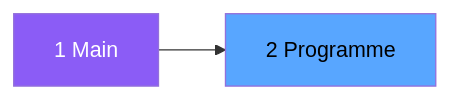
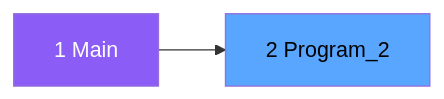
The second of 3 diagrams in .openspec/specs/ADH-IDE-2.md (thonyAGP/magic-migration), drawn with Mermaid before and after one commit. The commit also changed other lines of this file and 323 other files, not shown here.

````diff
--- a/.openspec/specs/ADH-IDE-2.md
+++ b/.openspec/specs/ADH-IDE-2.md
@@ -98,8 +105,8 @@
 ```mermaid
 graph LR
     M[1 Main]
-    T[2 Programme]
+    T[2 Program_2]
     M --> T
     style M fill:#8b5cf6,color:#fff
     style T fill:#58a6ff,color:#000
 ```
````
